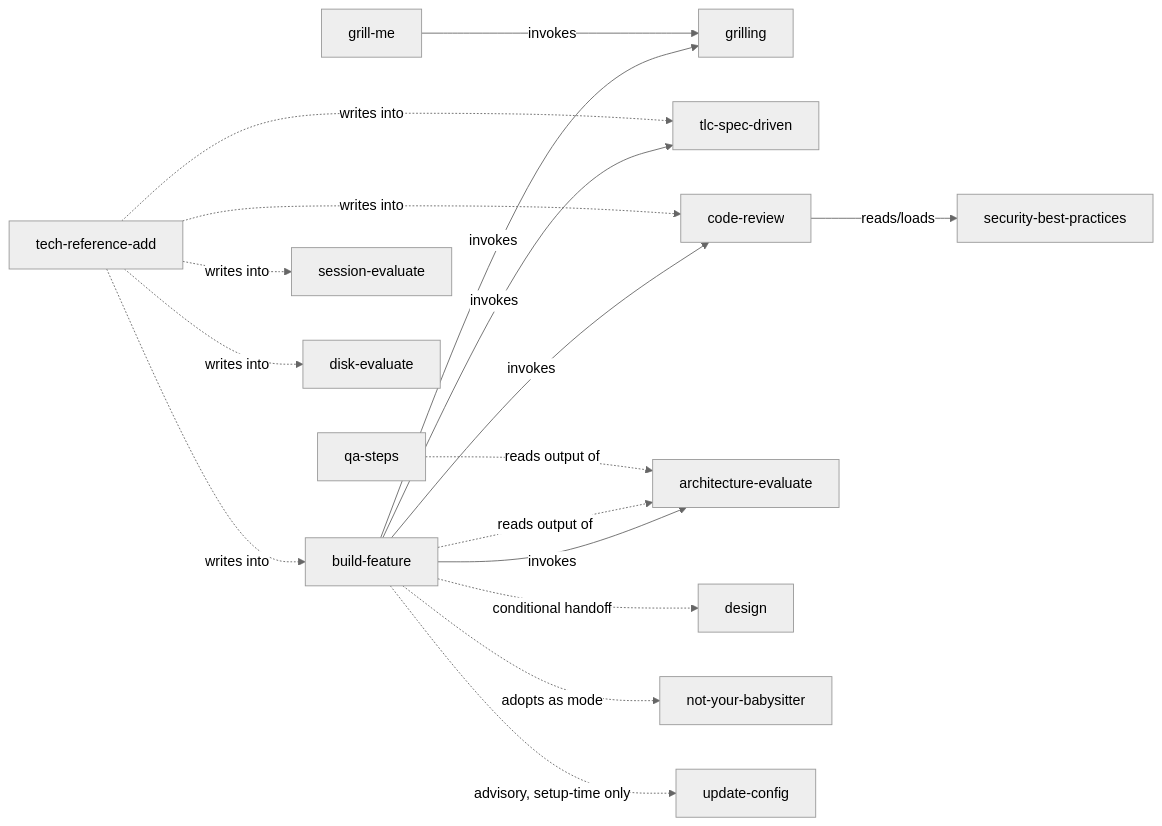
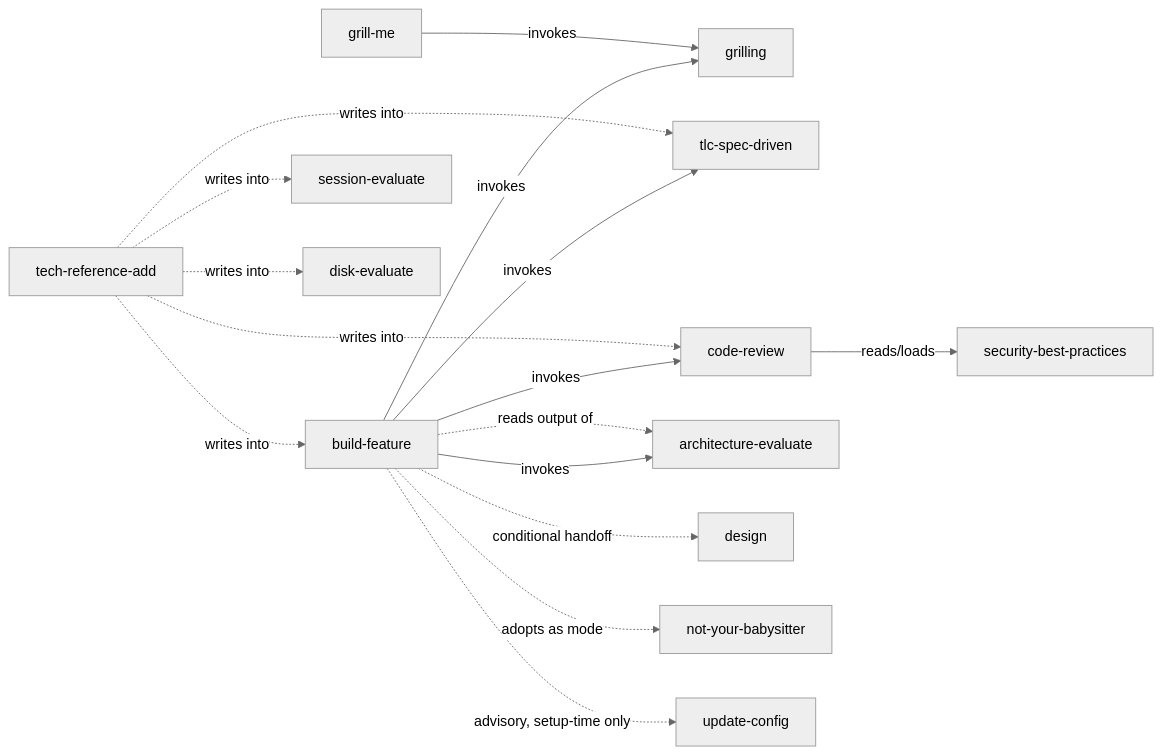
The diagram in docs/skills-dependency.md (flaviosv/ai-coding-tooling), drawn with Mermaid (neutral theme) before and after one commit. The commit also changed other lines of this file and 2 other files, not shown here.

First line of the commit message:
refactor(qa-steps): drop the explicit docs/codebase context-loading step

````diff
--- a/docs/skills-dependency.md
+++ b/docs/skills-dependency.md
@@ -18,23 +18,21 @@
 ```mermaid
 graph LR
     build-feature -->|invokes| grilling
     build-feature -->|invokes| tlc-spec-driven
     build-feature -->|invokes| code-review
     build-feature -->|invokes| architecture-evaluate
     build-feature -.->|conditional handoff| design
     build-feature -.->|adopts as mode| not-your-babysitter
     build-feature -.->|advisory, setup-time only| update-config
     build-feature -.->|reads output of| architecture-evaluate
 
     code-review -->|reads/loads| security-best-practices
 
     grill-me -->|invokes| grilling
 
-    qa-steps -.->|reads output of| architecture-evaluate
-
     tech-reference-add -.->|writes into| code-review
     tech-reference-add -.->|writes into| tlc-spec-driven
     tech-reference-add -.->|writes into| build-feature
     tech-reference-add -.->|writes into| session-evaluate
     tech-reference-add -.->|writes into| disk-evaluate
 ```
````
